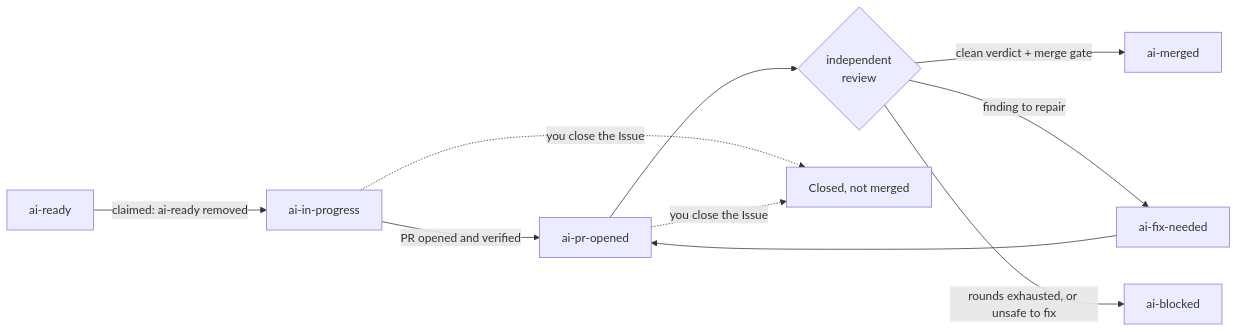
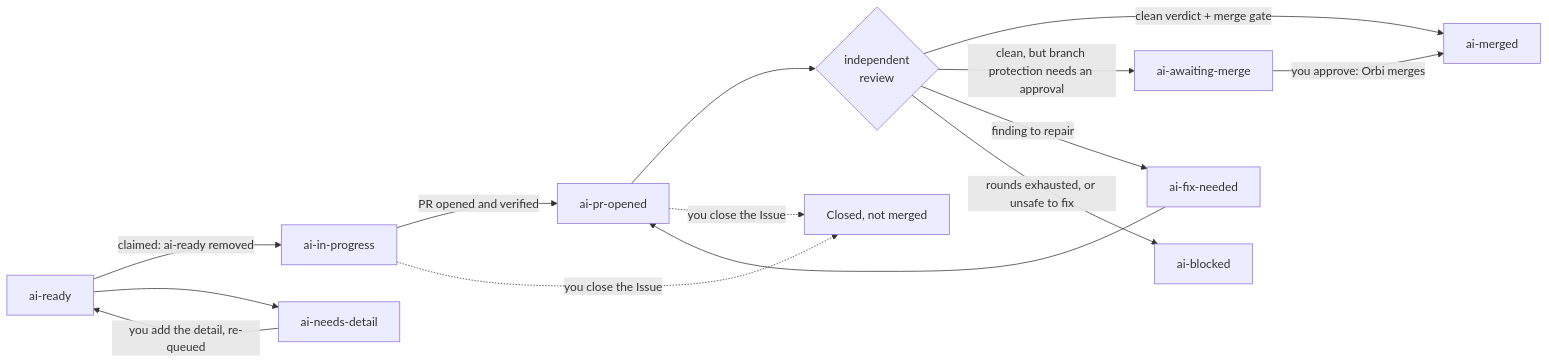
The diagram in delivery-lifecycle.mdx (orbi-build/orbi-cloud-docs), drawn with Mermaid before and after one commit. The commit also changed other lines of this file and 17 other files, not shown here.

````diff
--- a/delivery-lifecycle.mdx
+++ b/delivery-lifecycle.mdx
@@ -14,12 +14,16 @@
 ```mermaid
 flowchart LR
   ready["ai-ready"] -->|claimed: ai-ready removed| progress["ai-in-progress"]
   progress -->|PR opened and verified| opened["ai-pr-opened"]
   opened --> review{"independent<br/>review"}
+  ready --> needsdetail["ai-needs-detail"]
+  needsdetail -->|"you add the detail, re-queued"| ready
   review -->|clean verdict + merge gate| merged["ai-merged"]
+  review -->|"clean, but branch protection needs an approval"| awaiting["ai-awaiting-merge"]
+  awaiting -->|"you approve: Orbi merges"| merged
   review -->|finding to repair| fix["ai-fix-needed"]
   fix --> opened
   review -->|rounds exhausted, or unsafe to fix| blocked["ai-blocked"]
   progress -.->|you close the Issue| closed["Closed, not merged"]
   opened -.->|you close the Issue| closed
 ```
````
